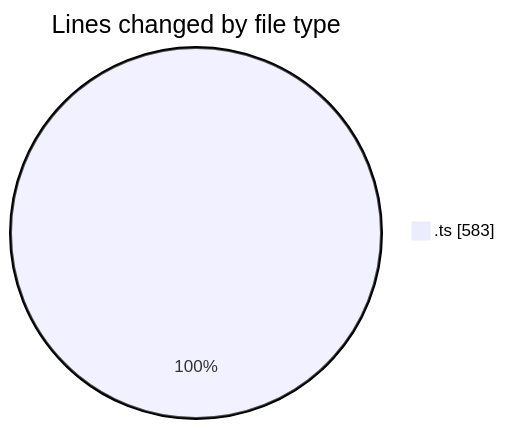
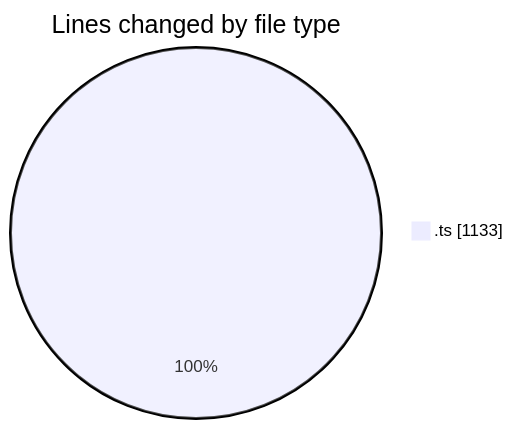
Before and after one commit to momahboobian/code-tracking: the first of 2 diagrams in 2025-06-24/cda/README.md, drawn with Mermaid. The commit also changed other lines of this file and 1 other file, not shown here.

````diff
--- a/2025-06-24/cda/README.md
+++ b/2025-06-24/cda/README.md
@@ -20,5 +20,5 @@
 ```mermaid
 pie showData
 title Lines changed by file type
-".ts" : 583
+".ts" : 1133
 ```
````
